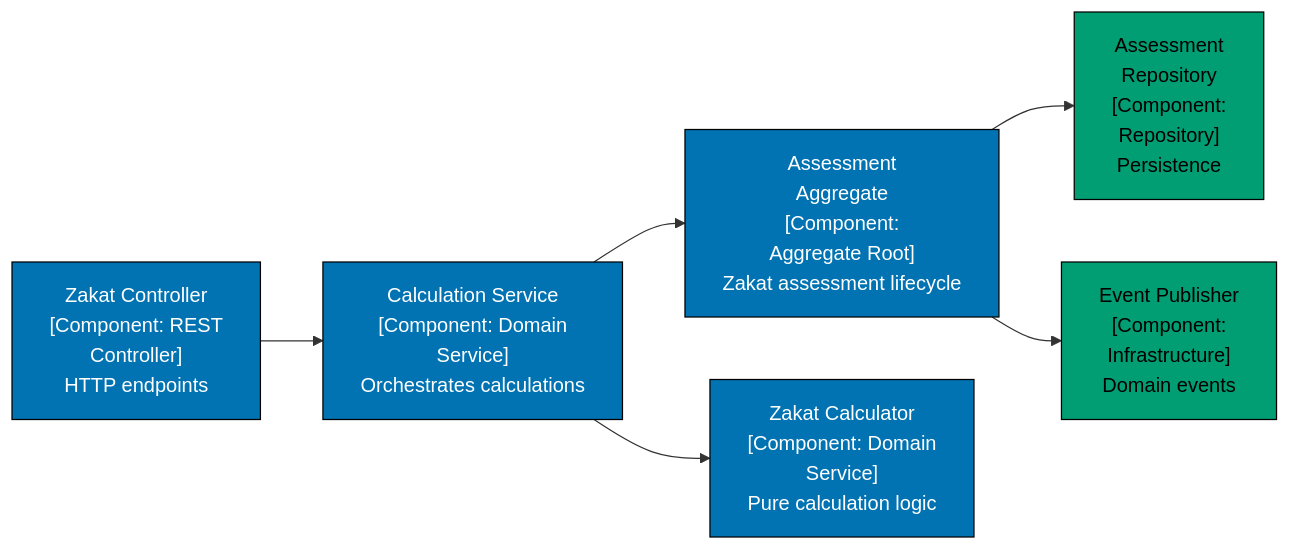
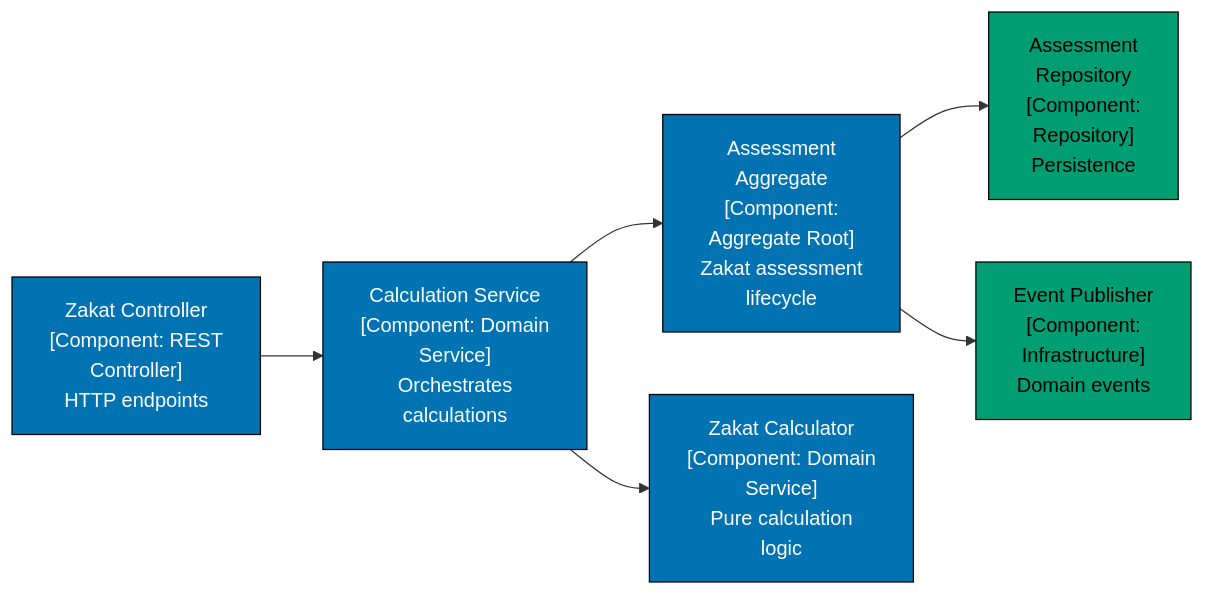
One commit to wahidyankf/ose-public changed the fourth of 5 diagrams in docs/explanation/software-engineering/architecture/c4-architecture-model/bounded-context-visualization.md. Above: the diagram before and after it, drawn with Mermaid. The commit also changed other lines of this file and 220 other files, not shown here.

First line of the commit message:
docs: split mermaid labels to 20 graphemes and add palette defaults

````diff
--- a/docs/explanation/software-engineering/architecture/c4-architecture-model/bounded-context-visualization.md
+++ b/docs/explanation/software-engineering/architecture/c4-architecture-model/bounded-context-visualization.md
@@ -191,20 +194,21 @@
 ```mermaid
 graph LR
     accTitle: OPTIONAL: Show Aggregates and Domain Services
     accDescr: Zakat Controller Component: REST Controller HTTP endpoints leads to Calculation Service Component: Domain Service Orchestrates calculations; Calculation Service Component: Domain Service Orchestrates calculations leads to Assessment Aggregate Component: Aggregate Root Zakat assessment lifecycle; and 3 more links.
     Controller["Zakat Controller<br/>[Component: REST<br/>Controller]<br/>HTTP endpoints"]:::blue
-    CalcService["Calculation Service<br/>[Component: Domain<br/>Service]<br/>Orchestrates calculations"]:::blue
-    Assessment["Assessment<br/>Aggregate<br/>[Component:<br/>Aggregate Root]<br/>Zakat assessment lifecycle"]:::blue
-    Calculator["Zakat Calculator<br/>[Component: Domain<br/>Service]<br/>Pure calculation logic"]:::blue
+    CalcService["Calculation Service<br/>[Component: Domain<br/>Service]<br/>Orchestrates<br/>calculations"]:::blue
+    Assessment["Assessment<br/>Aggregate<br/>[Component:<br/>Aggregate Root]<br/>Zakat assessment<br/>lifecycle"]:::blue
+    Calculator["Zakat Calculator<br/>[Component: Domain<br/>Service]<br/>Pure calculation<br/>logic"]:::blue
     AssessmentRepo["Assessment<br/>Repository<br/>[Component:<br/>Repository]<br/>Persistence"]:::teal
     EventPublisher["Event Publisher<br/>[Component:<br/>Infrastructure]<br/>Domain events"]:::teal
 
     Controller --> CalcService
     CalcService --> Assessment
     CalcService --> Calculator
     Assessment --> AssessmentRepo
     Assessment --> EventPublisher
 
     classDef blue fill:#0173B2,stroke:#000000,color:#FFFFFF
     classDef teal fill:#029E73,stroke:#000000,color:#000000
+    classDef default fill:#FFFFFF,stroke:#000000,color:#000000
 ```
````
